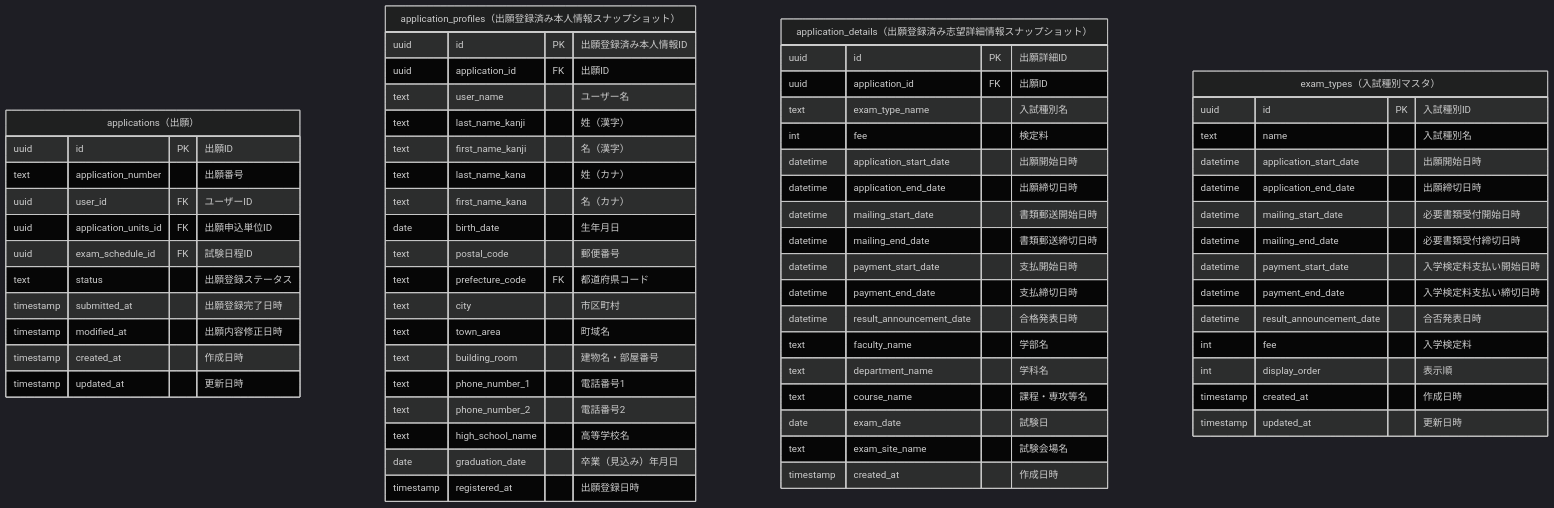
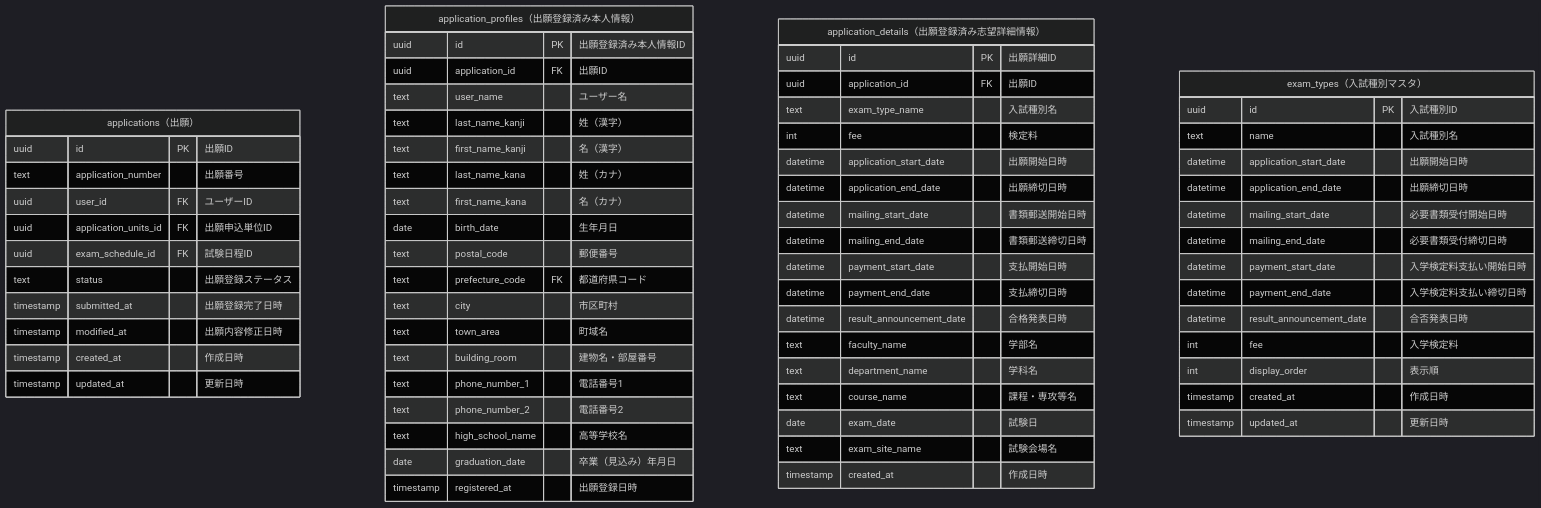
The second of 6 diagrams in README.md (DrySetMan327/UnivApplicationSubmissionApp), drawn with Mermaid (dark theme) before and after one commit. The commit also changed other lines of this file and 1 other file, not shown here.

````diff
--- a/README.md
+++ b/README.md
@@ -92,75 +92,75 @@
 ```mermaid
 
 erDiagram
 
     applications（出願） {
         uuid id PK "出願ID"
         text application_number "出願番号"
         uuid user_id FK "ユーザーID"
         uuid application_units_id FK "出願申込単位ID"
         uuid exam_schedule_id FK "試験日程ID"
         text status "出願登録ステータス"
         timestamp submitted_at "出願登録完了日時"
         timestamp modified_at "出願内容修正日時"
         timestamp created_at "作成日時"
         timestamp updated_at "更新日時"
     }
 
-    application_profiles（出願登録済み本人情報スナップショット） {
+    application_profiles（出願登録済み本人情報） {
         uuid id PK "出願登録済み本人情報ID"
         uuid application_id FK "出願ID"
         text user_name "ユーザー名"
         text last_name_kanji "姓（漢字）"
         text first_name_kanji "名（漢字）"
         text last_name_kana "姓（カナ）"
         text first_name_kana "名（カナ）"
         date birth_date "生年月日"
         text postal_code "郵便番号"
         text prefecture_code FK "都道府県コード"
         text city "市区町村"
         text town_area "町域名"
         text building_room "建物名・部屋番号"
         text phone_number_1 "電話番号1"
         text phone_number_2 "電話番号2"
         text high_school_name "高等学校名"
         date graduation_date "卒業（見込み）年月日"
         timestamp registered_at "出願登録日時"
     }
 
-    application_details（出願登録済み志望詳細情報スナップショット） {
+    application_details（出願登録済み志望詳細情報） {
         uuid id PK "出願詳細ID"
         uuid application_id FK "出願ID"
         text exam_type_name "入試種別名"
         int fee "検定料"
         datetime application_start_date "出願開始日時"
         datetime application_end_date "出願締切日時"
         datetime mailing_start_date "書類郵送開始日時"
         datetime mailing_end_date "書類郵送締切日時"
         datetime payment_start_date "支払開始日時"
         datetime payment_end_date "支払締切日時"
         datetime result_announcement_date "合格発表日時"
         text faculty_name "学部名"
         text department_name "学科名"
         text course_name "課程・専攻等名"
         date exam_date "試験日"
         text exam_site_name "試験会場名"
         timestamp created_at "作成日時"
     }
 
     exam_types（入試種別マスタ） {
         uuid id PK "入試種別ID"
         text name "入試種別名"
         datetime application_start_date "出願開始日時"
         datetime application_end_date "出願締切日時"
         datetime mailing_start_date "必要書類受付開始日時"
         datetime mailing_end_date "必要書類受付締切日時"
         datetime payment_start_date "入学検定料支払い開始日時"
         datetime payment_end_date "入学検定料支払い締切日時"
         datetime result_announcement_date "合否発表日時"
         int fee "入学検定料"
         int display_order "表示順"
         timestamp created_at "作成日時"
         timestamp updated_at "更新日時"
     }
 
 ```
````
